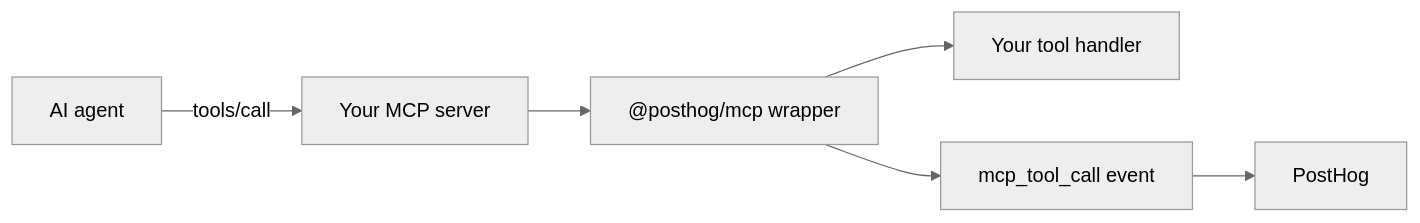
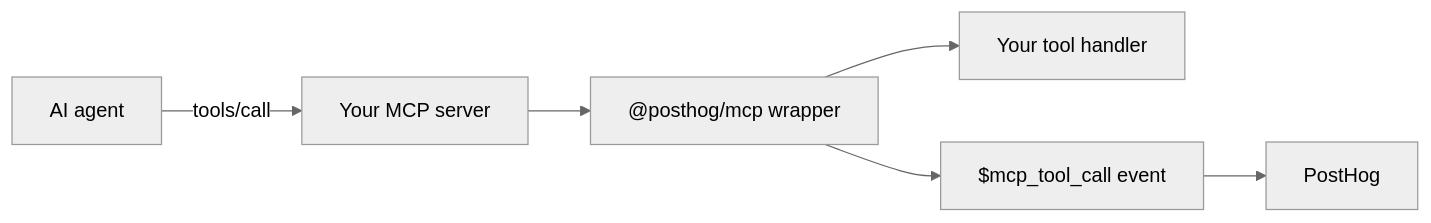
One commit to PostHog/posthog.com changed the diagram in contents/docs/mcp-analytics/index.mdx. Above: the diagram before and after it, drawn with Mermaid (neutral theme). The commit also changed other lines of this file and 11 other files, not shown here.

````diff
--- a/contents/docs/mcp-analytics/index.mdx
+++ b/contents/docs/mcp-analytics/index.mdx
@@ -49,8 +49,8 @@
 ```mermaid
 graph LR
     Agent["AI agent"] -->|tools/call| MCP["Your MCP server"]
     MCP --> Wrapper["@posthog/mcp wrapper"]
     Wrapper --> Handler["Your tool handler"]
-    Wrapper --> Event["mcp_tool_call event"]
+    Wrapper --> Event["$mcp_tool_call event"]
     Event --> PostHog["PostHog"]
 ```
````
